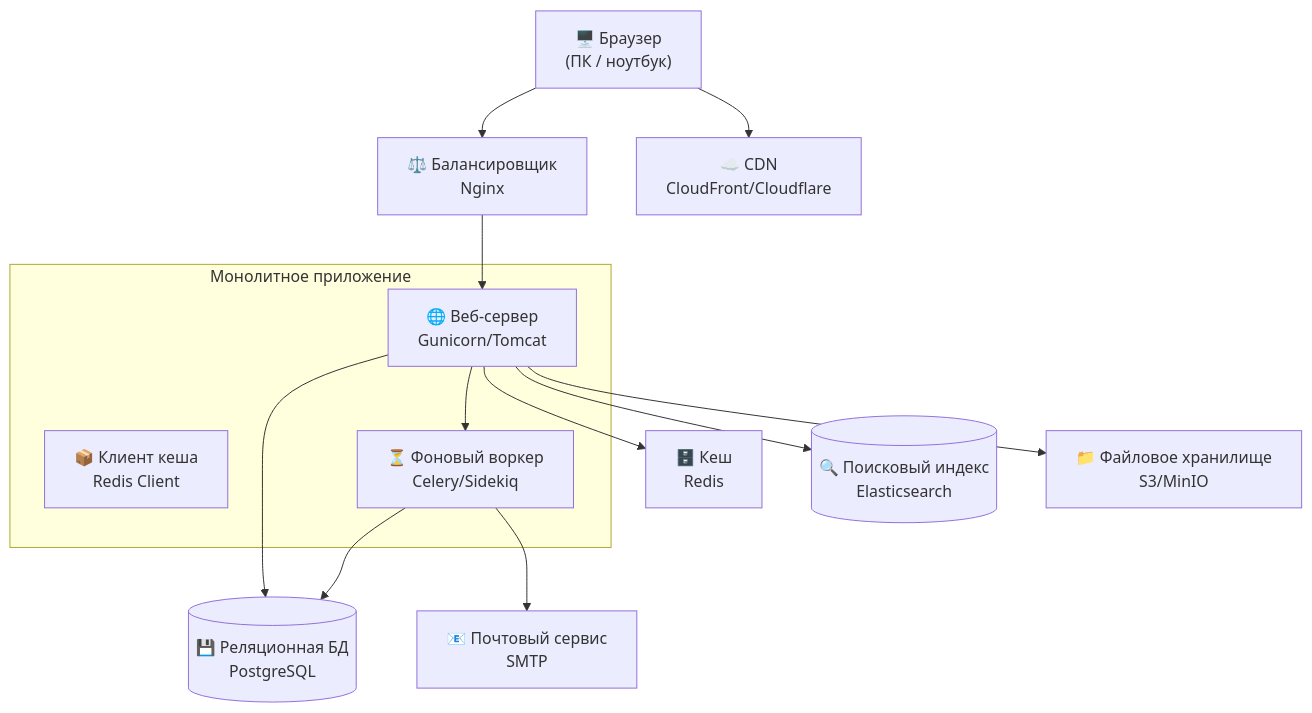
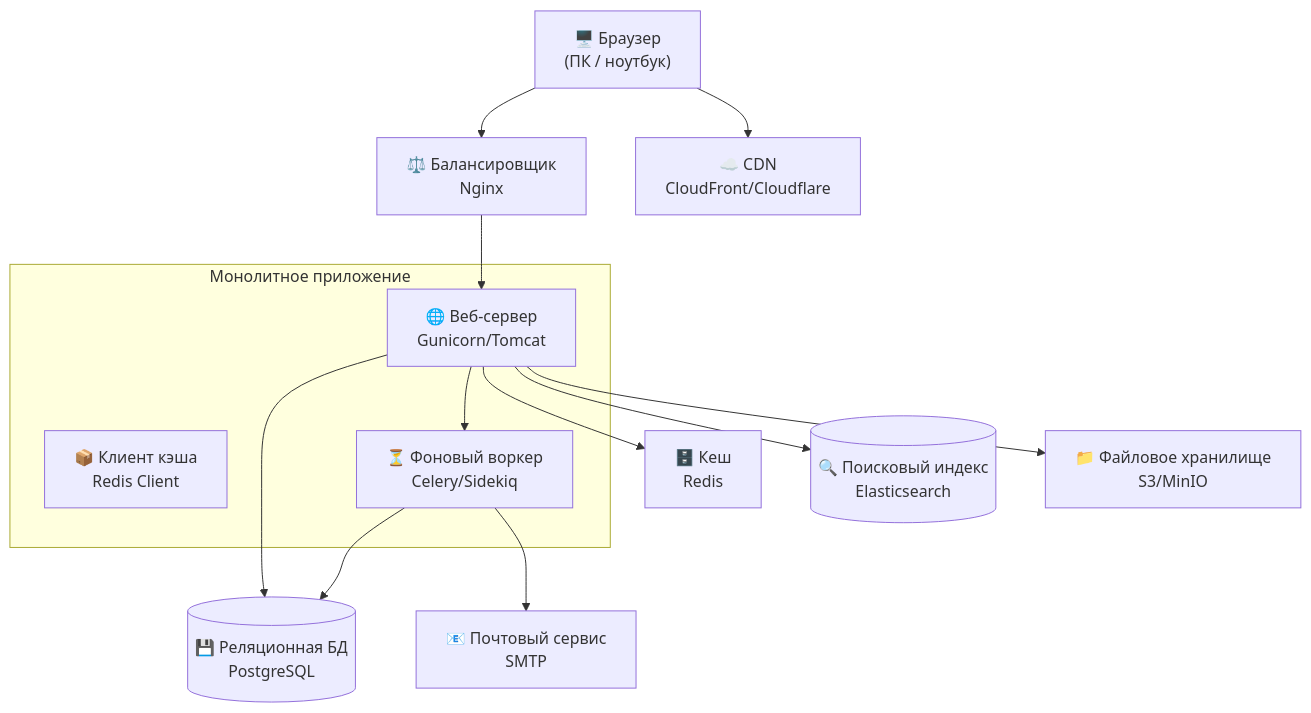
The second of 4 diagrams in LAB8.md (Par3431/Projectirovanie_IS), drawn with Mermaid before and after one commit.

````diff
--- a/LAB8.md
+++ b/LAB8.md
@@ -64,41 +64,41 @@
 ```mermaid
 flowchart TB
 
     %% Клиентская часть
     Browser["🖥️ Браузер\n(ПК / ноутбук)"]
 
     %% Серверная часть
     LB["⚖️ Балансировщик\nNginx"]
 
     subgraph App["Монолитное приложение"]
         Web["🌐 Веб-сервер\nGunicorn/Tomcat"]
-        CacheClient["📦 Клиент кеша\nRedis Client"]
+        CacheClient["📦 Клиент кэша\nRedis Client"]
         Worker["⏳ Фоновый воркер\nCelery/Sidekiq"]
     end
 
     Redis["🗄️ Кеш\nRedis"]
 
     %% Внешние системы
     CDN["☁️ CDN\nCloudFront/Cloudflare"]
     Email["📧 Почтовый сервис\nSMTP"]
 
     %% Хранилища
     DB[("💾 Реляционная БД\nPostgreSQL")]
     Search[("🔍 Поисковый индекс\nElasticsearch")]
     Media["📁 Файловое хранилище\nS3/MinIO"]
 
     %% Связи
     Browser --> LB
     LB --> Web
 
     Web --> Redis
     Web --> DB
     Web --> Search
     Web --> Media
 
     Web --> Worker
     Worker --> Email
     Worker --> DB
 
     Browser --> CDN
 ```
````
